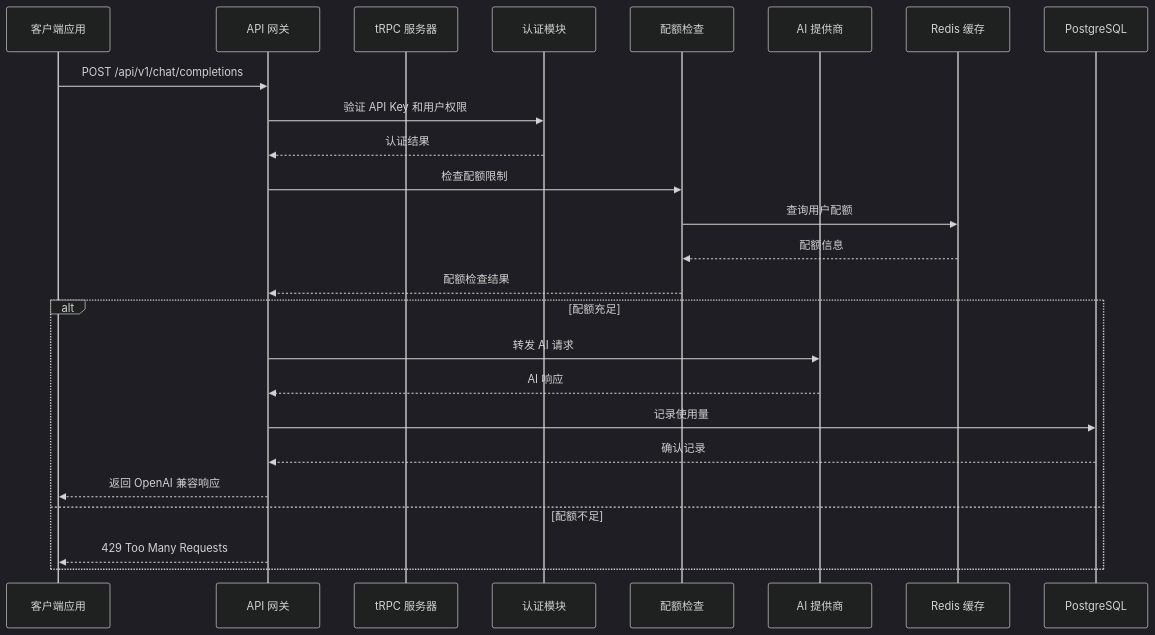
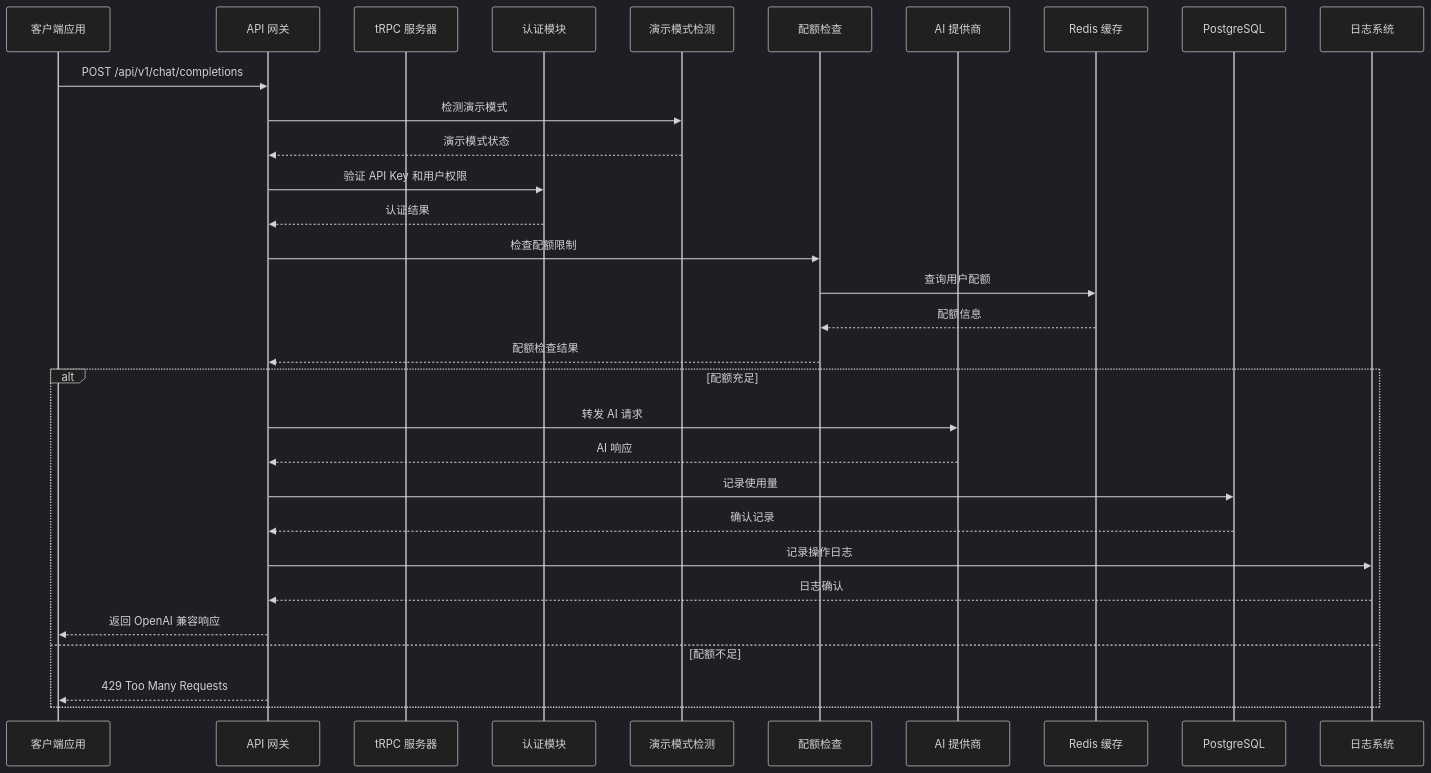
Before and after one commit to RadiumAg/AIGate: the second of 17 diagrams in .qoder/repowiki/zh/content/OpenAI 兼容聊天完成 API.md, drawn with Mermaid (dark theme). The commit also changed other lines of this file and 4 other files, not shown here.

````diff
--- a/.qoder/repowiki/zh/content/OpenAI 兼容聊天完成 API.md
+++ b/.qoder/repowiki/zh/content/OpenAI 兼容聊天完成 API.md
@@ -166,27 +209,33 @@
 ```mermaid
 sequenceDiagram
 participant Client as 客户端应用
 participant API as API 网关
 participant TRPC as tRPC 服务器
 participant Auth as 认证模块
+participant Demo as 演示模式检测
 participant Quota as 配额检查
 participant Provider as AI 提供商
 participant Cache as Redis 缓存
 participant DB as PostgreSQL
+participant Logger as 日志系统
 Client->>API : POST /api/v1/chat/completions
+API->>Demo : 检测演示模式
+Demo-->>API : 演示模式状态
 API->>Auth : 验证 API Key 和用户权限
 Auth-->>API : 认证结果
 API->>Quota : 检查配额限制
 Quota->>Cache : 查询用户配额
 Cache-->>Quota : 配额信息
 Quota-->>API : 配额检查结果
 alt 配额充足
 API->>Provider : 转发 AI 请求
 Provider-->>API : AI 响应
 API->>DB : 记录使用量
 DB-->>API : 确认记录
+API->>Logger : 记录操作日志
+Logger-->>API : 日志确认
 API-->>Client : 返回 OpenAI 兼容响应
 else 配额不足
 API-->>Client : 429 Too Many Requests
 end
 ```
````
